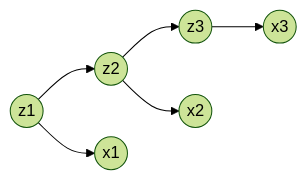
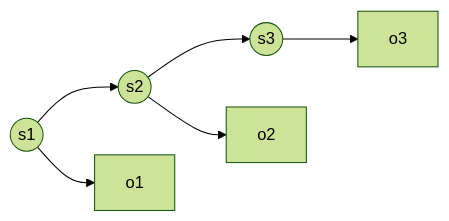
Before and after one commit to kader-xai/kader-xai.github.io: the third of 7 diagrams in ai-ml-encyclopedia/ch13.qmd, drawn with Mermaid (forest theme). The commit also changed other lines of this file and 47 other files, not shown here.

````diff
--- a/ai-ml-encyclopedia/ch13.qmd
+++ b/ai-ml-encyclopedia/ch13.qmd
@@ -208,7 +301,7 @@
 ```{mermaid}
 graph LR
-  z1((z1)) --> z2((z2)) --> z3((z3))
-  z1 --> x1((x1))
-  z2 --> x2((x2))
-  z3 --> x3((x3))
+    S1((s1)) --> S2((s2)) --> S3((s3))
+    S1 --> O1[o1]
+    S2 --> O2[o2]
+    S3 --> O3[o3]
 ```
````
